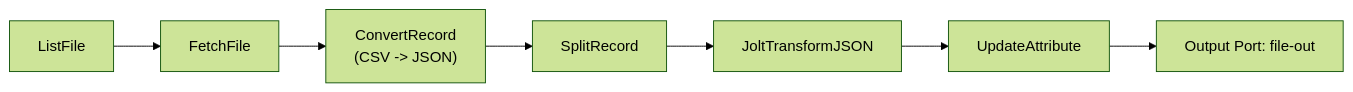
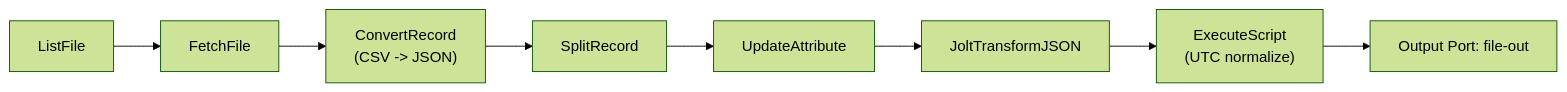
The fourth of 8 diagrams in config/nifi/process-group-design.md (roadseeker/study-data-pipeline), drawn with Mermaid (forest theme) before and after one commit. The commit also changed other lines of this file and 4 other files, not shown here.

````diff
--- a/config/nifi/process-group-design.md
+++ b/config/nifi/process-group-design.md
@@ -249,9 +249,10 @@
 ```mermaid
 flowchart LR
     A["ListFile"] --> B["FetchFile"]
     B --> C["ConvertRecord<br/>(CSV -> JSON)"]
     C --> D["SplitRecord"]
-    D --> E["JoltTransformJSON"]
-    E --> F["UpdateAttribute"]
-    F --> G["Output Port: file-out"]
+    D --> E["UpdateAttribute"]
+    E --> F["JoltTransformJSON"]
+    F --> G["ExecuteScript<br/>(UTC normalize)"]
+    G --> H["Output Port: file-out"]
 ```
````
